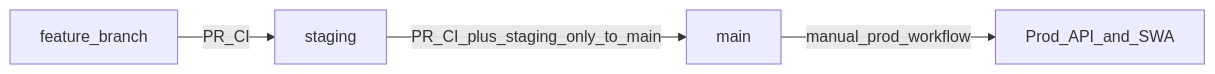
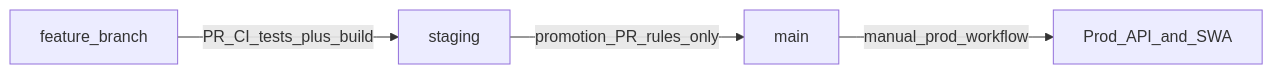
The diagram in docs/ci-cd-branching-evidence.md (joostwmd/deck-pack), drawn with Mermaid before and after one commit. The commit also changed other lines of this file and 23 other files, not shown here.

````diff
--- a/docs/ci-cd-branching-evidence.md
+++ b/docs/ci-cd-branching-evidence.md
@@ -27,9 +27,9 @@
 ```mermaid
 flowchart LR
   feature[feature_branch]
   staging[staging]
   main[main]
-  feature -->|PR_CI| staging
-  staging -->|PR_CI_plus_staging_only_to_main| main
+  feature -->|PR_CI_tests_plus_build| staging
+  staging -->|promotion_PR_rules_only| main
   main -->|manual_prod_workflow| prod[Prod_API_and_SWA]
 ```
````
